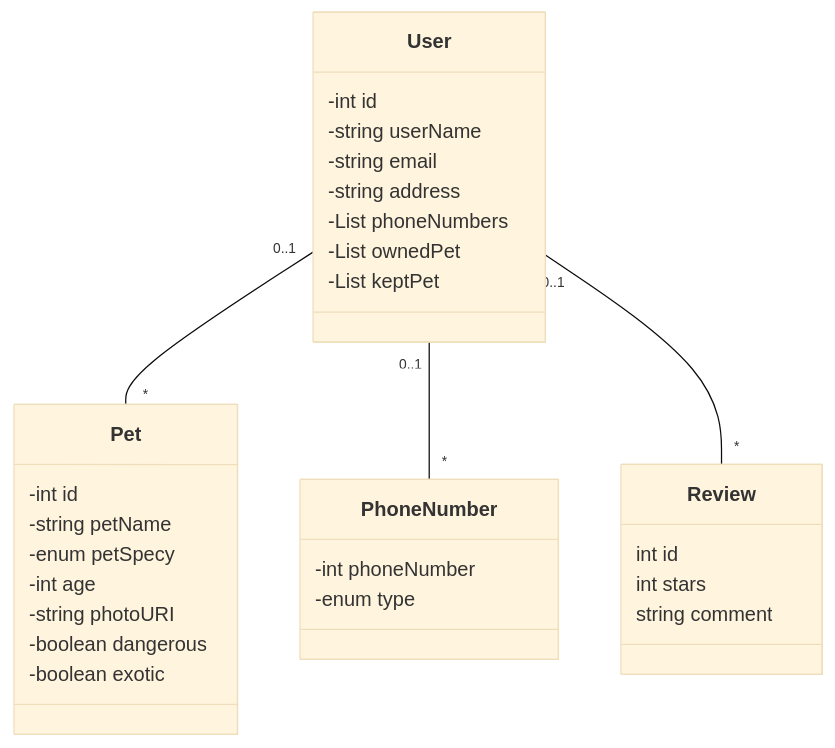
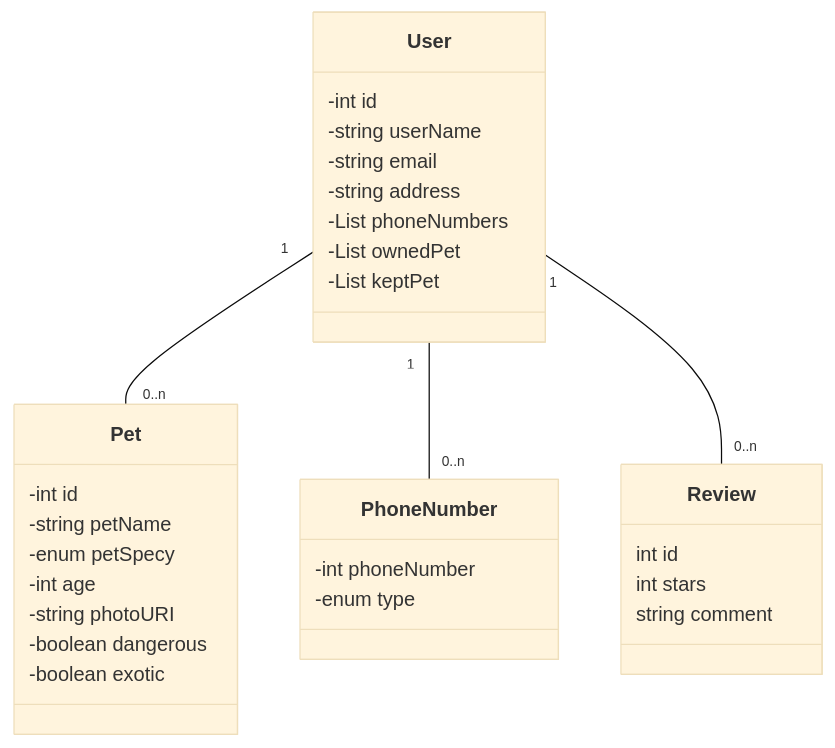
One commit to bryan-jose-valdiviezo/sit-a-pup changed the diagram in README.md. Above: the diagram before and after it, drawn with Mermaid (base theme).

````diff
--- a/README.md
+++ b/README.md
@@ -3,33 +3,33 @@
 ```mermaid
  classDiagram
-      User "0..1" -- "*" Pet
-      User "0..1" -- "*" PhoneNumber
-      User "0..1" -- "*" Review
+      User "1" -- "0..n" Pet
+      User "1" -- "0..n" PhoneNumber
+      User "1" -- "0..n" Review
       class User {
             -int id
             -string userName
             -string email
             -string address
             -List<PhoneNumber> phoneNumbers
             -List<Pet> ownedPet
             -List<Pet> keptPet
       }
       class PhoneNumber {
             -int phoneNumber
             -enum type
       }
       class Pet {
 		-int id
 		-string petName
 		-enum petSpecy
             -int age
             -string photoURI
             -boolean dangerous
             -boolean exotic
 	}
       class Review {
             int id
             int stars
             string comment
       }
 ```
````
